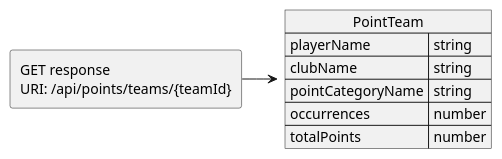
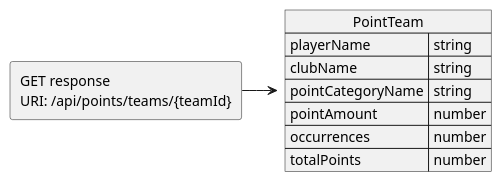
The diagram in docs/JSON Contracts/Responses/GetPointTeam.puml (JKMN-Projects/TeamTactics), drawn with PlantUML before and after one commit.

Commit message:
Adjusted get point team response

```diff
--- a/docs/JSON Contracts/Responses/GetPointTeam.puml
+++ b/docs/JSON Contracts/Responses/GetPointTeam.puml
@@ -1,14 +1,15 @@
 @startuml Get point team response
 allowmixing
 
 agent "GET response \nURI: /api/points/teams/{teamId}"
   json "PointTeam" as J {
     "playerName": "string",
     "clubName": "string",
     "pointCategoryName": "string",
+    "pointAmount": "number",
     "occurrences": "number",
     "totalPoints": "number"
   }
 
 "GET response \nURI: /api/points/teams/{teamId}" -> J 
 @enduml
```
